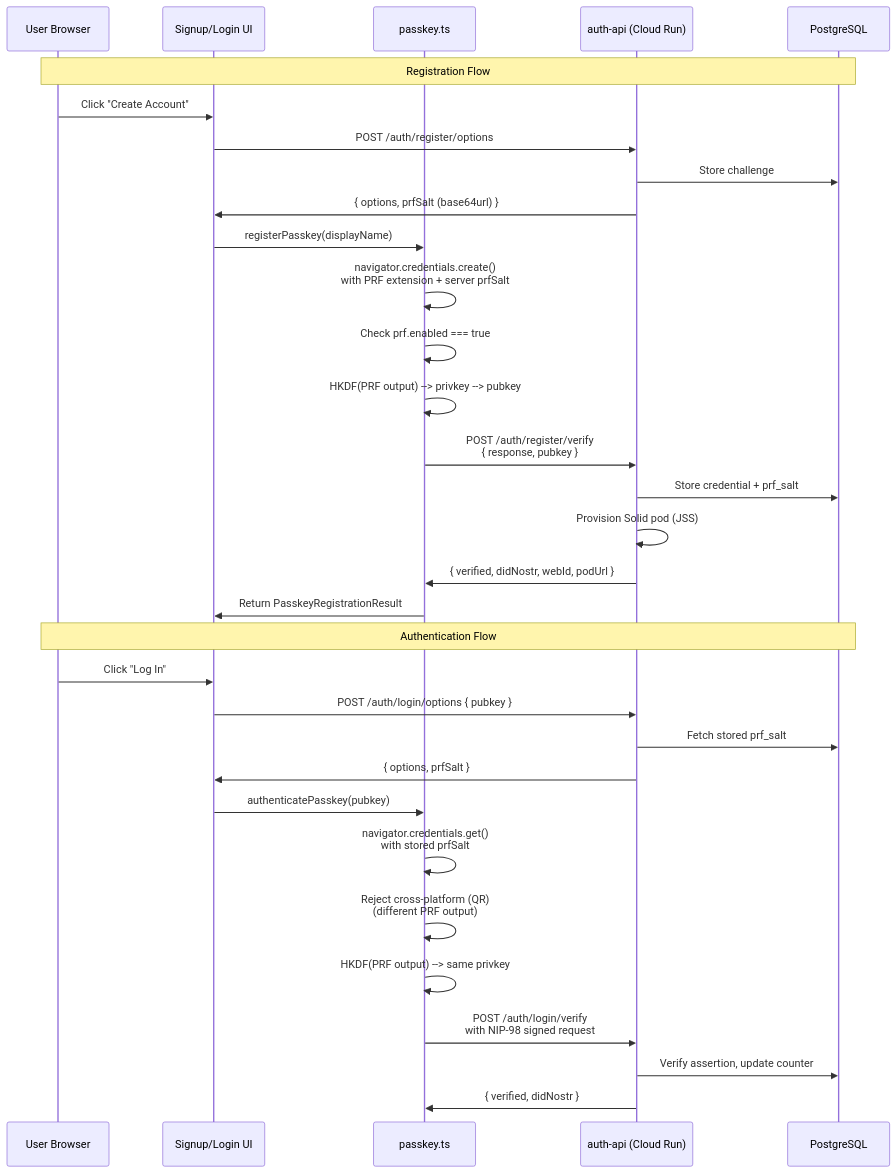
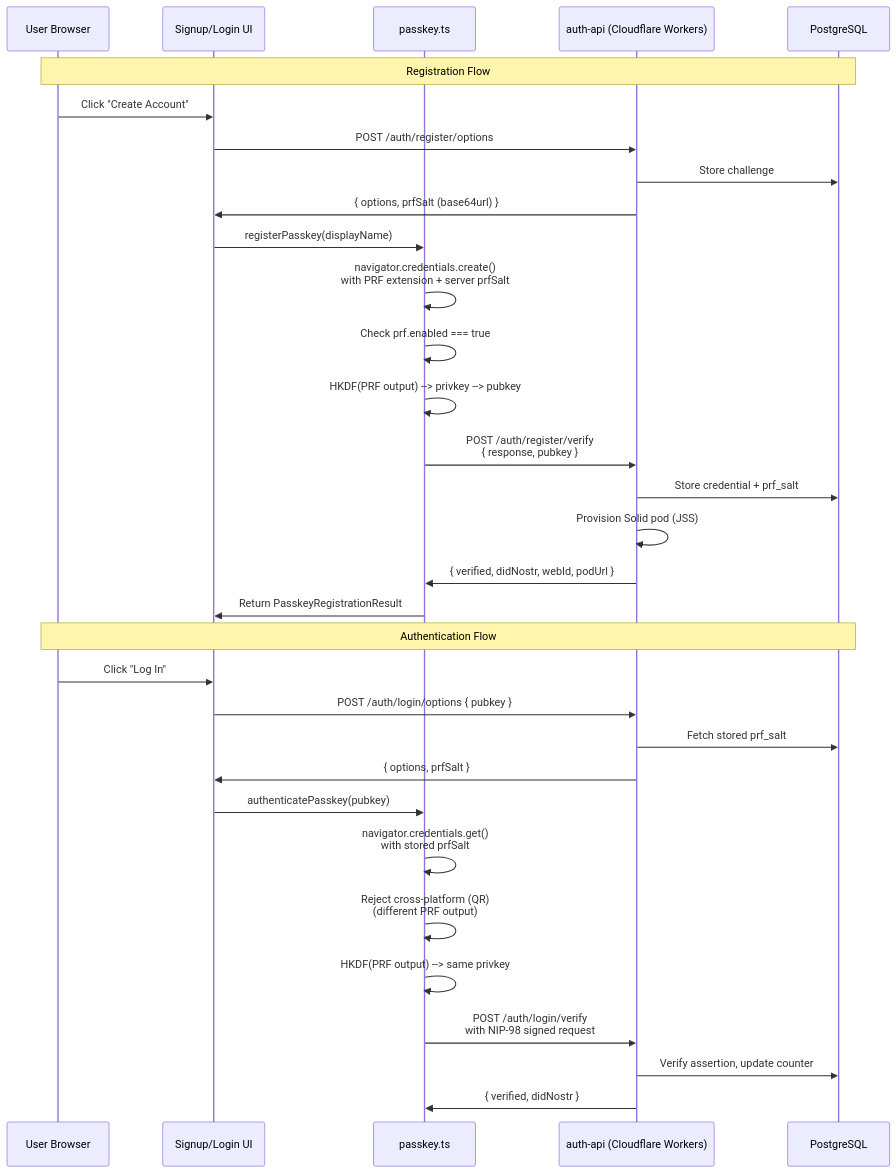
Before and after one commit to DreamLab-AI/dreamlab-ai-website: the second of 4 diagrams in docs/architecture/FRONTEND_ARCHITECTURE.md, drawn with Mermaid. The commit also changed other lines of this file and 36 other files, not shown here.

First line of the commit message:
Update 37 docs files: remove GCP references, reflect Cloudflare Workers architecture

````diff
--- a/docs/architecture/FRONTEND_ARCHITECTURE.md
+++ b/docs/architecture/FRONTEND_ARCHITECTURE.md
@@ -233,36 +233,36 @@
 ```mermaid
 sequenceDiagram
     participant U as User Browser
     participant S as Signup/Login UI
     participant P as passkey.ts
-    participant A as auth-api (Cloud Run)
+    participant A as auth-api (Cloudflare Workers)
     participant DB as PostgreSQL
 
     Note over U,DB: Registration Flow
     U->>S: Click "Create Account"
     S->>A: POST /auth/register/options
     A->>DB: Store challenge
     A->>S: { options, prfSalt (base64url) }
     S->>P: registerPasskey(displayName)
     P->>P: navigator.credentials.create()<br/>with PRF extension + server prfSalt
     P->>P: Check prf.enabled === true
     P->>P: HKDF(PRF output) --> privkey --> pubkey
     P->>A: POST /auth/register/verify<br/>{ response, pubkey }
     A->>DB: Store credential + prf_salt
     A->>A: Provision Solid pod (JSS)
     A->>P: { verified, didNostr, webId, podUrl }
     P->>S: Return PasskeyRegistrationResult
 
     Note over U,DB: Authentication Flow
     U->>S: Click "Log In"
     S->>A: POST /auth/login/options { pubkey }
     A->>DB: Fetch stored prf_salt
     A->>S: { options, prfSalt }
     S->>P: authenticatePasskey(pubkey)
     P->>P: navigator.credentials.get()<br/>with stored prfSalt
     P->>P: Reject cross-platform (QR)<br/>(different PRF output)
     P->>P: HKDF(PRF output) --> same privkey
     P->>A: POST /auth/login/verify<br/>with NIP-98 signed request
     A->>DB: Verify assertion, update counter
     A->>P: { verified, didNostr }
 ```
````
